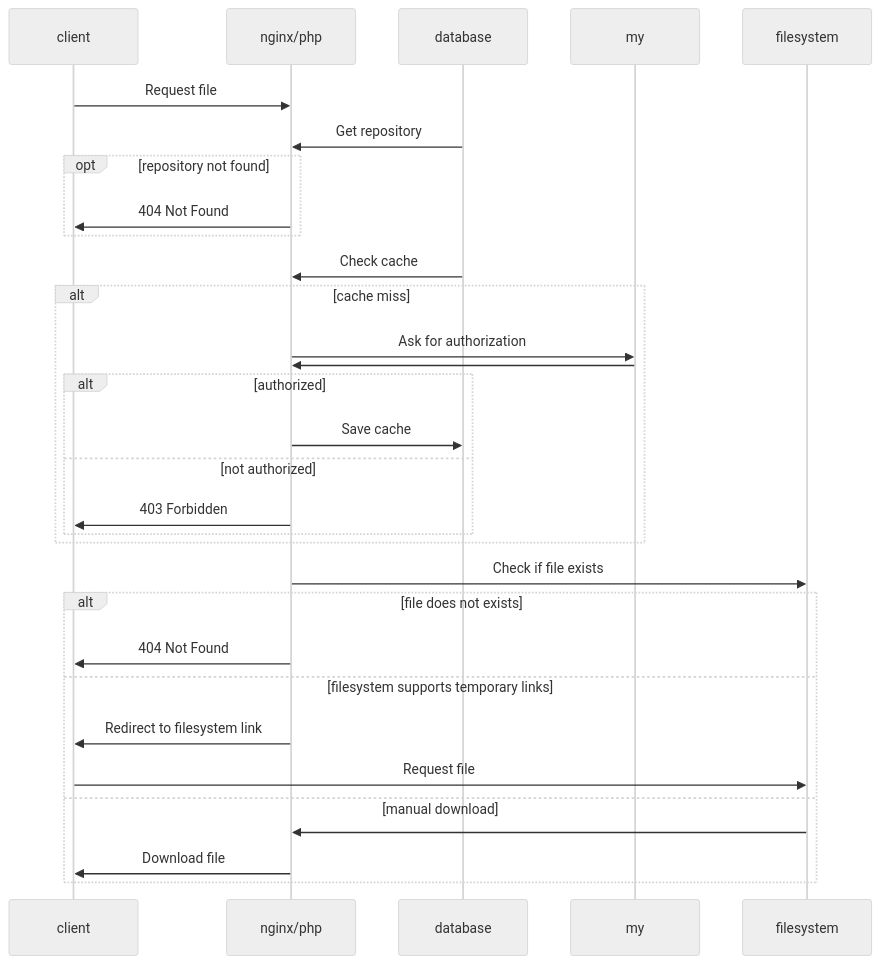
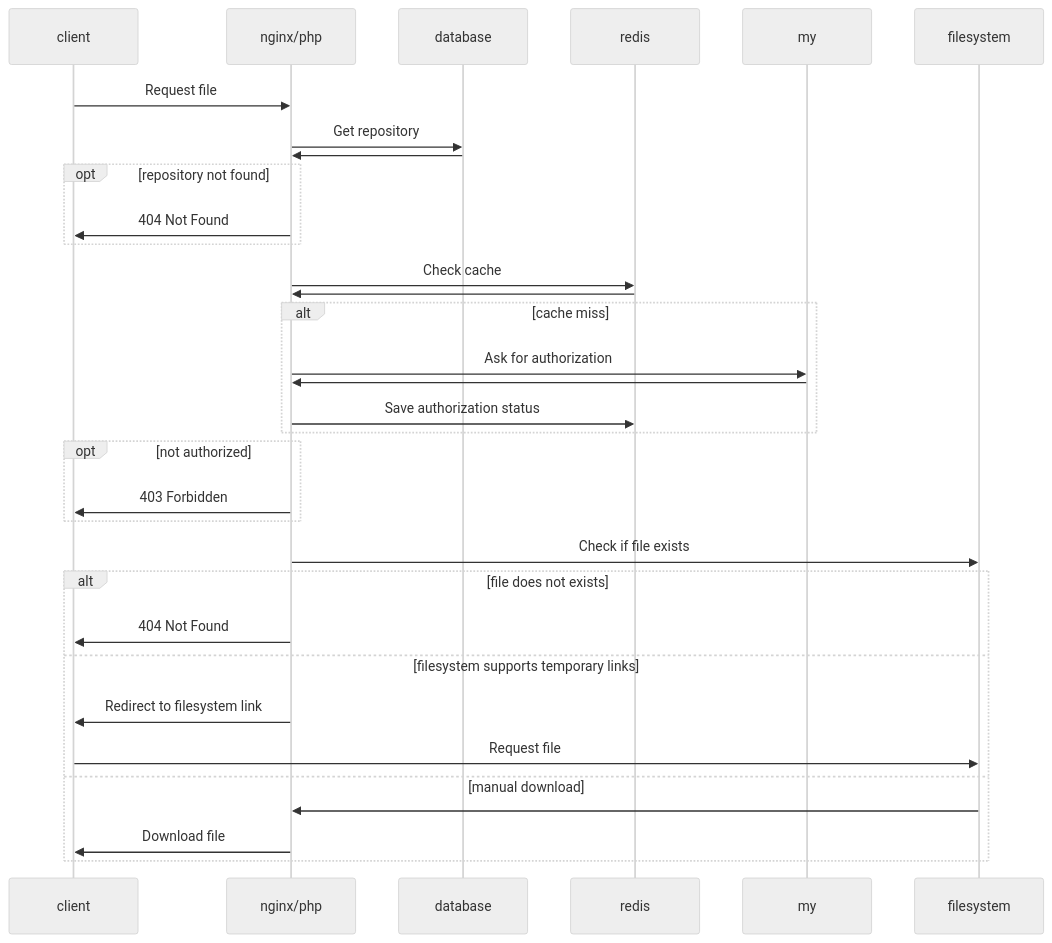
Before and after one commit to nethesis/parceler: the first of 2 diagrams in README.md, drawn with Mermaid (neutral theme). The commit also changed other lines of this file and 2 other files, not shown here.

````diff
--- a/README.md
+++ b/README.md
@@ -24,28 +26,29 @@
 ```mermaid
 sequenceDiagram
     client ->> nginx/php: Request file
-    database ->> nginx/php: Get repository
+    nginx/php ->>database: Get repository
+    database ->> nginx/php: 
     opt repository not found
         nginx/php ->> client: 404 Not Found
     end
-    database ->> nginx/php: Check cache
+    nginx/php ->> redis: Check cache
+    redis ->> nginx/php: 
     alt cache miss
         nginx/php ->> my: Ask for authorization
         my ->> nginx/php: 
-        alt authorized
-            nginx/php ->> database: Save cache
-        else not authorized
-            nginx/php ->> client: 403 Forbidden
-        end
+        nginx/php ->> redis: Save authorization status
+    end
+    opt not authorized
+        nginx/php ->> client: 403 Forbidden
     end
     nginx/php ->> filesystem: Check if file exists
     alt file does not exists
         nginx/php ->> client: 404 Not Found
     else filesystem supports temporary links
         nginx/php ->> client: Redirect to filesystem link 
         client ->> filesystem: Request file
     else manual download
         filesystem ->> nginx/php: 
         nginx/php ->> client: Download file
     end
 ```
````
